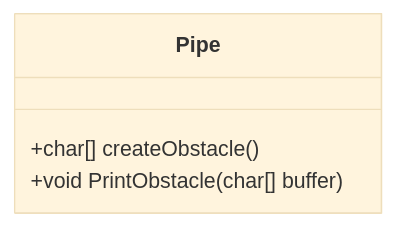
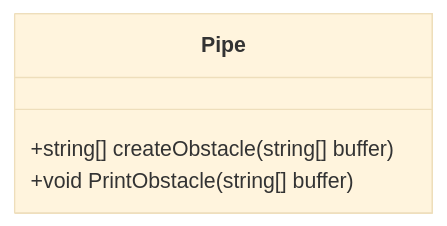
The seventh of 7 diagrams in dokumentasjon/diagram/klasse-diagram.md (NexusWeave/MVP-FlappyBird-cs), drawn with Mermaid (base theme) before and after one commit. The commit also changed other lines of this file, not shown here.

Commit message:
Fix return types in Ground and Pipe classes for consistency

````diff
--- a/dokumentasjon/diagram/klasse-diagram.md
+++ b/dokumentasjon/diagram/klasse-diagram.md
@@ -98,9 +98,9 @@
 ```mermaid
     classDiagram
         direction TD
 
         class Pipe {
-            +char[] createObstacle()
-            +void PrintObstacle(char[] buffer)
+            +string[] createObstacle(string[] buffer)
+            +void PrintObstacle(string[] buffer)
         }
 ```
````
